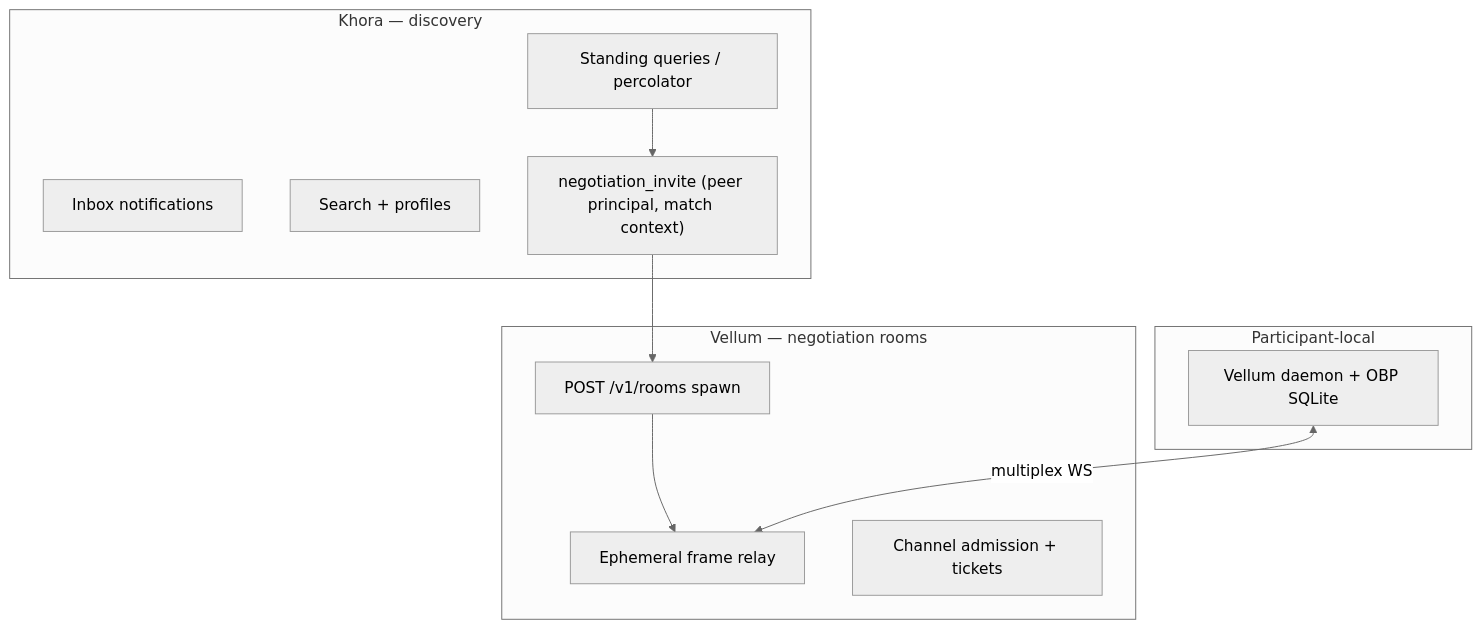
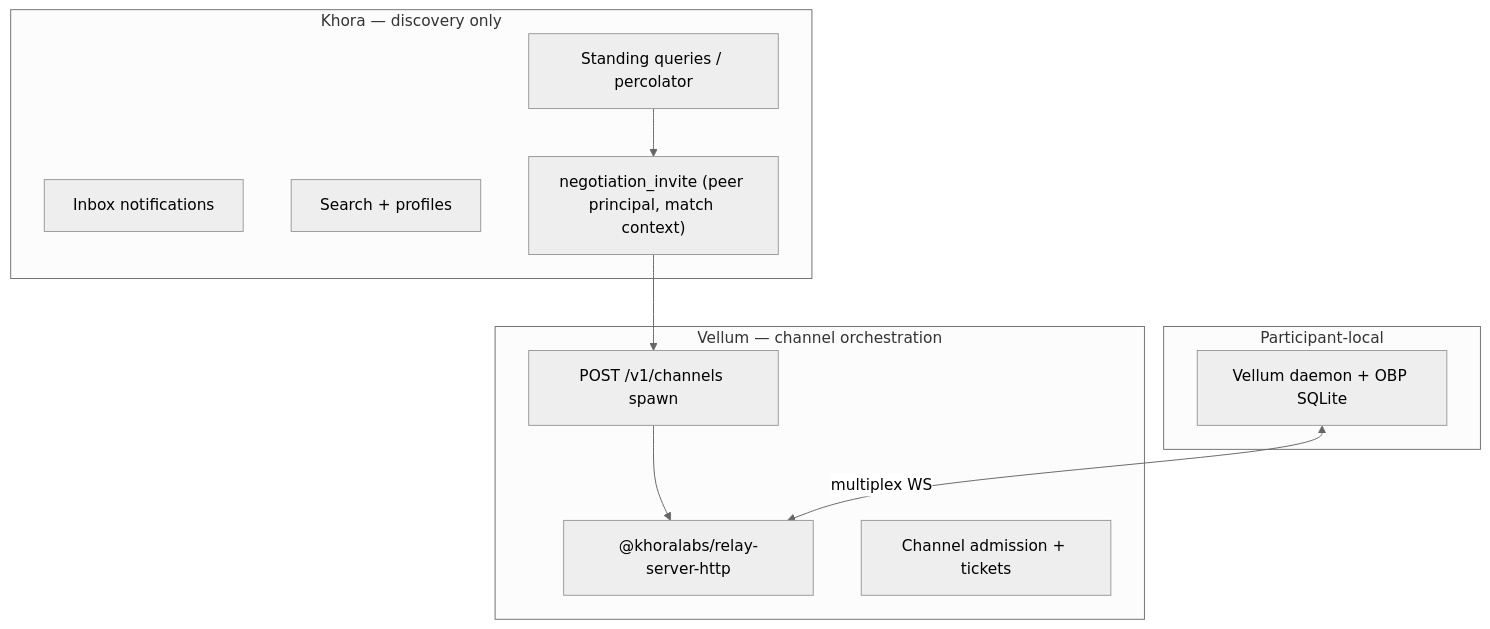
The first of 4 diagrams in .brain/technical/khora-vellum-separation.md (khoralabs/khora), drawn with Mermaid (neutral theme) before and after one commit. The commit also changed other lines of this file and 50 other files, not shown here.

````diff
--- a/.brain/technical/khora-vellum-separation.md
+++ b/.brain/technical/khora-vellum-separation.md
@@ -49,24 +53,24 @@
 ```mermaid
 flowchart TB
-  subgraph khora [Khora — discovery]
+  subgraph khora [Khora — discovery only]
     Sub[Standing queries / percolator]
     Inbox[Inbox notifications]
     Search[Search + profiles]
     Intro["negotiation_invite (peer principal, match context)"]
   end
 
-  subgraph vellum [Vellum — negotiation rooms]
-    Spawn[POST /v1/rooms spawn]
-    Relay[Ephemeral frame relay]
+  subgraph vellum [Vellum — channel orchestration]
+    Spawn[POST /v1/channels spawn]
+    Relay["@khoralabs/relay-server-http"]
     Admit[Channel admission + tickets]
   end
 
   subgraph local [Participant-local]
     Daemon[Vellum daemon + OBP SQLite]
   end
 
   Sub --> Intro
   Intro --> Spawn
   Spawn --> Relay
   Daemon <-->|multiplex WS| Relay
 ```
````
